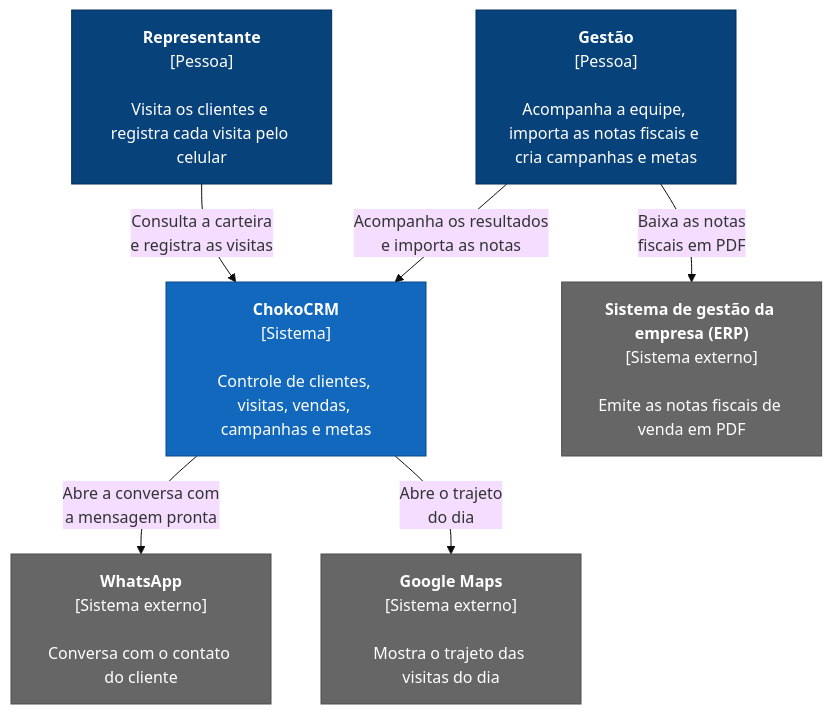
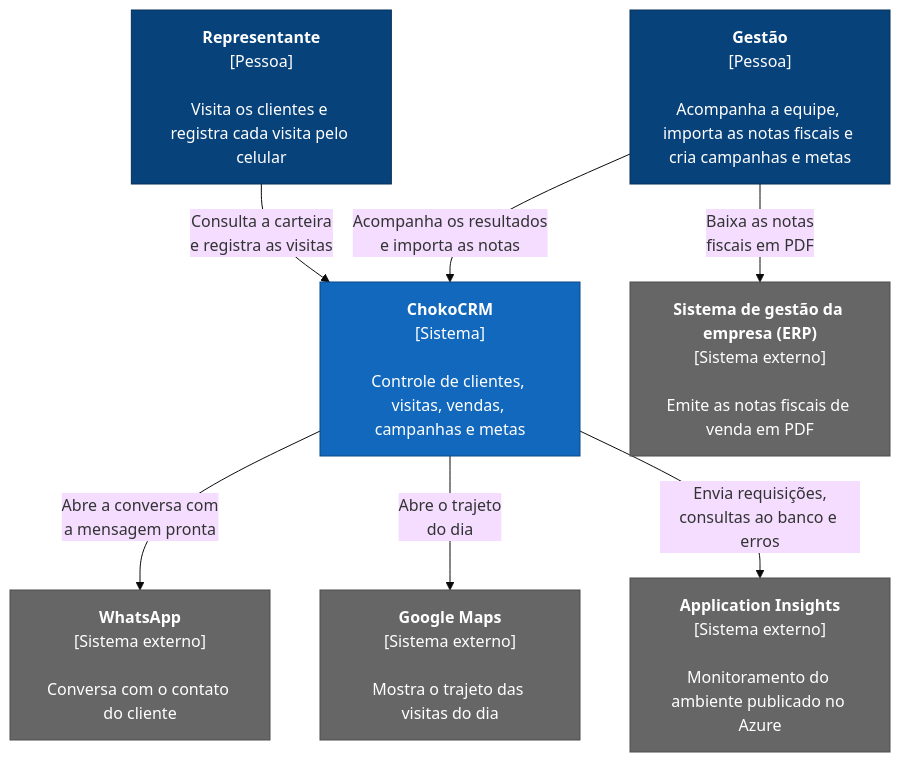
Before and after one commit to dudapetzinger/CHOKOCRM: the first of 3 diagrams in docs/arquitetura.md, drawn with Mermaid (base theme). The commit also changed other lines of this file and 5 other files, not shown here.

````diff
--- a/docs/arquitetura.md
+++ b/docs/arquitetura.md
@@ -27,24 +27,26 @@
 ```mermaid
 flowchart TB
     rep["<b>Representante</b><br/>[Pessoa]<br/><br/>Visita os clientes e registra cada visita pelo celular"]
     gestor["<b>Gestão</b><br/>[Pessoa]<br/><br/>Acompanha a equipe, importa as notas fiscais e cria campanhas e metas"]
 
     choko["<b>ChokoCRM</b><br/>[Sistema]<br/><br/>Controle de clientes, visitas, vendas, campanhas e metas"]
 
     erp["<b>Sistema de gestão da empresa (ERP)</b><br/>[Sistema externo]<br/><br/>Emite as notas fiscais de venda em PDF"]
     whats["<b>WhatsApp</b><br/>[Sistema externo]<br/><br/>Conversa com o contato do cliente"]
     maps["<b>Google Maps</b><br/>[Sistema externo]<br/><br/>Mostra o trajeto das visitas do dia"]
+    insights["<b>Application Insights</b><br/>[Sistema externo]<br/><br/>Monitoramento do ambiente publicado no Azure"]
 
     rep -- "Consulta a carteira<br/>e registra as visitas" --> choko
     gestor -- "Acompanha os resultados<br/>e importa as notas" --> choko
     gestor -- "Baixa as notas<br/>fiscais em PDF" --> erp
     choko -- "Abre a conversa com<br/>a mensagem pronta" --> whats
     choko -- "Abre o trajeto<br/>do dia" --> maps
+    choko -- "Envia requisições,<br/>consultas ao banco e erros" --> insights
 
     classDef pessoa fill:#08427b,stroke:#052e56,color:#ffffff
     classDef sistema fill:#1168bd,stroke:#0b4884,color:#ffffff
     classDef externo fill:#666666,stroke:#4d4d4d,color:#ffffff
     class rep,gestor pessoa
     class choko sistema
-    class erp,whats,maps externo
+    class erp,whats,maps,insights externo
 ```
````
